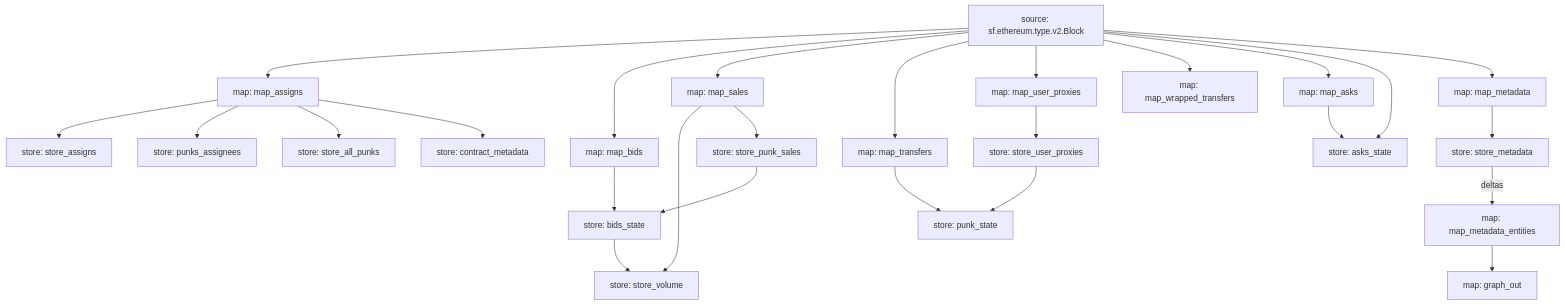
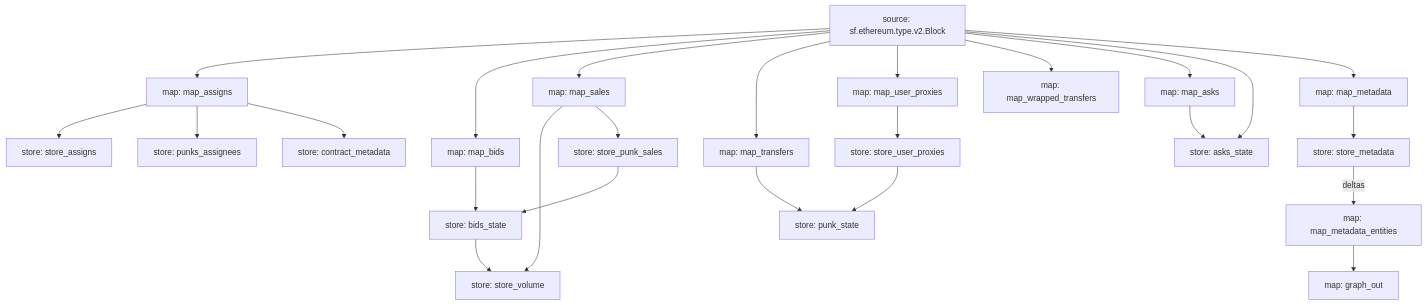
One commit to itsjerryokolo/cryptopunks_substreams changed the diagram in README.md. Above: the diagram before and after it, drawn with Mermaid.

Commit message:
update README.md, remove store

````diff
--- a/README.md
+++ b/README.md
@@ -3,49 +3,47 @@
 ```mermaid
 graph TD;
   map_assigns[map: map_assigns]
   sf.ethereum.type.v2.Block[source: sf.ethereum.type.v2.Block] --> map_assigns
   store_assigns[store: store_assigns]
   map_assigns --> store_assigns
   punks_assignees[store: punks_assignees]
   map_assigns --> punks_assignees
   map_bids[map: map_bids]
   sf.ethereum.type.v2.Block[source: sf.ethereum.type.v2.Block] --> map_bids
   bids_state[store: bids_state]
   map_bids --> bids_state
   store_punk_sales --> bids_state
-  store_all_punks[store: store_all_punks]
-  map_assigns --> store_all_punks
   store_volume[store: store_volume]
   map_sales --> store_volume
   bids_state --> store_volume
   store_punk_sales[store: store_punk_sales]
   map_sales --> store_punk_sales
   map_sales[map: map_sales]
   sf.ethereum.type.v2.Block[source: sf.ethereum.type.v2.Block] --> map_sales
   map_transfers[map: map_transfers]
   sf.ethereum.type.v2.Block[source: sf.ethereum.type.v2.Block] --> map_transfers
   punk_state[store: punk_state]
   map_transfers --> punk_state
   store_user_proxies --> punk_state
   map_user_proxies[map: map_user_proxies]
   sf.ethereum.type.v2.Block[source: sf.ethereum.type.v2.Block] --> map_user_proxies
   map_wrapped_transfers[map: map_wrapped_transfers]
   sf.ethereum.type.v2.Block[source: sf.ethereum.type.v2.Block] --> map_wrapped_transfers
   store_user_proxies[store: store_user_proxies]
   map_user_proxies --> store_user_proxies
   map_asks[map: map_asks]
   sf.ethereum.type.v2.Block[source: sf.ethereum.type.v2.Block] --> map_asks
   asks_state[store: asks_state]
   map_asks --> asks_state
   sf.ethereum.type.v2.Block[source: sf.ethereum.type.v2.Block] --> asks_state
   contract_metadata[store: contract_metadata]
   map_assigns --> contract_metadata
   map_metadata[map: map_metadata]
   sf.ethereum.type.v2.Block[source: sf.ethereum.type.v2.Block] --> map_metadata
   store_metadata[store: store_metadata]
   map_metadata --> store_metadata
   map_metadata_entities[map: map_metadata_entities]
   store_metadata -- deltas --> map_metadata_entities
   graph_out[map: graph_out]
   map_metadata_entities --> graph_out
 ```
````
